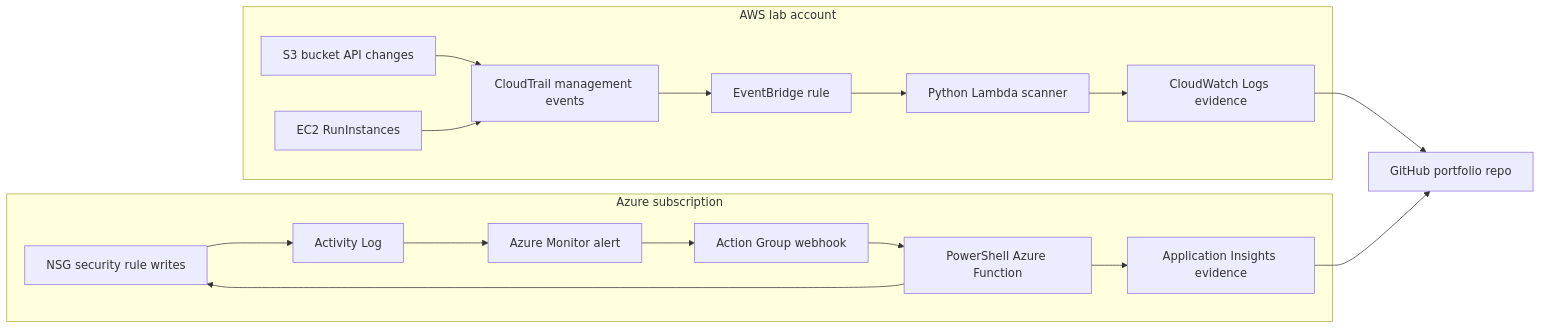
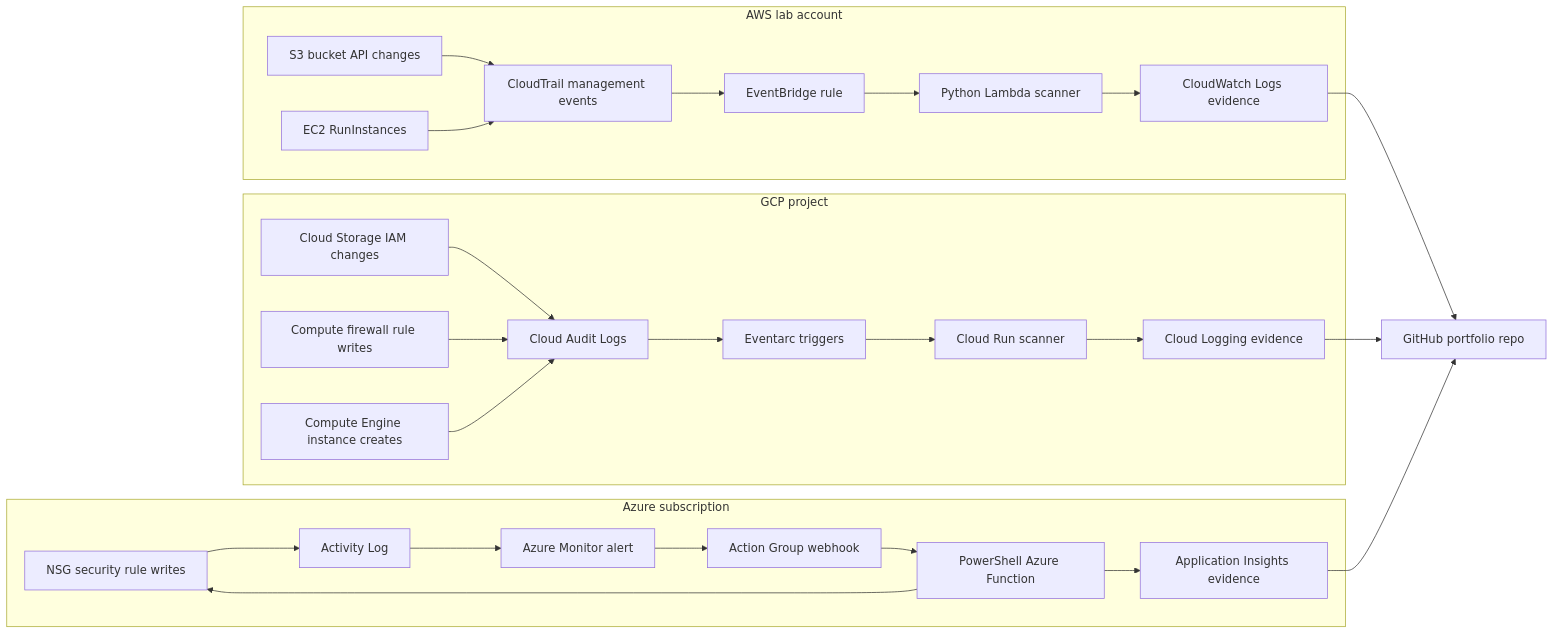
One commit to Williamclayfl/multi-cloud-serverless-compliance-lab changed the diagram in docs/architecture.md. Above: the diagram before and after it, drawn with Mermaid. The commit also changed other lines of this file and 19 other files, not shown here.

Commit message:
Add GCP Cloud Run compliance scanner

````diff
--- a/docs/architecture.md
+++ b/docs/architecture.md
@@ -3,35 +3,52 @@
 ```mermaid
 flowchart LR
     subgraph AWS["AWS lab account"]
         S3["S3 bucket API changes"]
         EC2["EC2 RunInstances"]
         CT["CloudTrail management events"]
         EB["EventBridge rule"]
         L["Python Lambda scanner"]
         CW["CloudWatch Logs evidence"]
         S3 --> CT
         EC2 --> CT
         CT --> EB
         EB --> L
         L --> CW
+    end
+
+    subgraph GCP["GCP project"]
+        GCS["Cloud Storage IAM changes"]
+        GCEFW["Compute firewall rule writes"]
+        GCEVM["Compute Engine instance creates"]
+        CAL["Cloud Audit Logs"]
+        EA["Eventarc triggers"]
+        CR["Cloud Run scanner"]
+        CL["Cloud Logging evidence"]
+        GCS --> CAL
+        GCEFW --> CAL
+        GCEVM --> CAL
+        CAL --> EA
+        EA --> CR
+        CR --> CL
     end
 
     subgraph Azure["Azure subscription"]
         NSG["NSG security rule writes"]
         AL["Activity Log"]
         AM["Azure Monitor alert"]
         AG["Action Group webhook"]
         AF["PowerShell Azure Function"]
         AI["Application Insights evidence"]
         NSG --> AL
         AL --> AM
         AM --> AG
         AG --> AF
         AF --> NSG
         AF --> AI
     end
 
     Repo["GitHub portfolio repo"]
     CW --> Repo
+    CL --> Repo
     AI --> Repo
 ```
````
